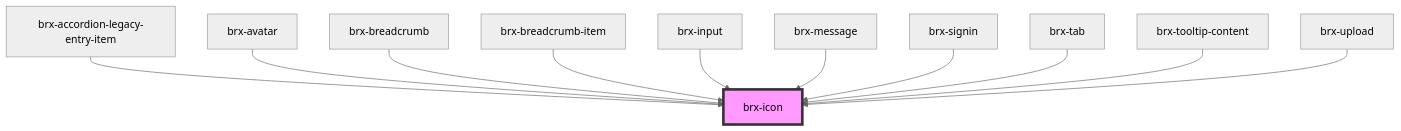
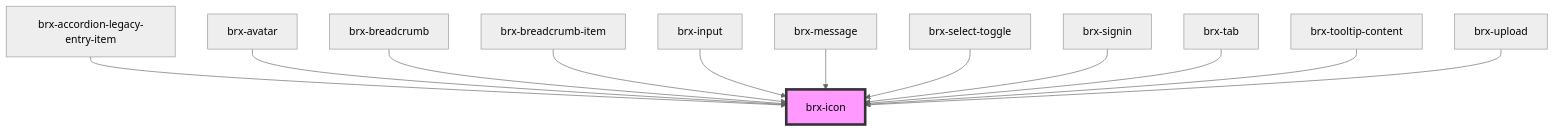
One commit to copperui/copperui changed the diagram in packages/core/src/components/brx-icon/readme.md. Above: the diagram before and after it, drawn with Mermaid (neutral theme). The commit also changed other lines of this file and 17 other files, not shown here.

````diff
--- a/packages/core/src/components/brx-icon/readme.md
+++ b/packages/core/src/components/brx-icon/readme.md
@@ -31,14 +32,15 @@
 ```mermaid
 graph TD;
   brx-accordion-legacy-entry-item --> brx-icon
   brx-avatar --> brx-icon
   brx-breadcrumb --> brx-icon
   brx-breadcrumb-item --> brx-icon
   brx-input --> brx-icon
   brx-message --> brx-icon
+  brx-select-toggle --> brx-icon
   brx-signin --> brx-icon
   brx-tab --> brx-icon
   brx-tooltip-content --> brx-icon
   brx-upload --> brx-icon
   style brx-icon fill:#f9f,stroke:#333,stroke-width:4px
 ```
````
